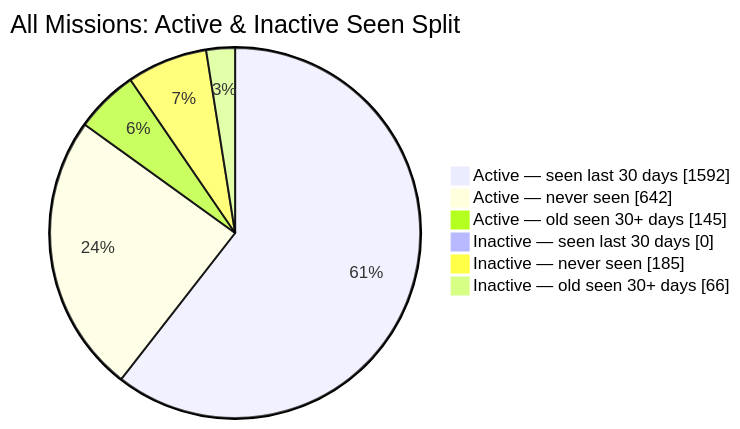
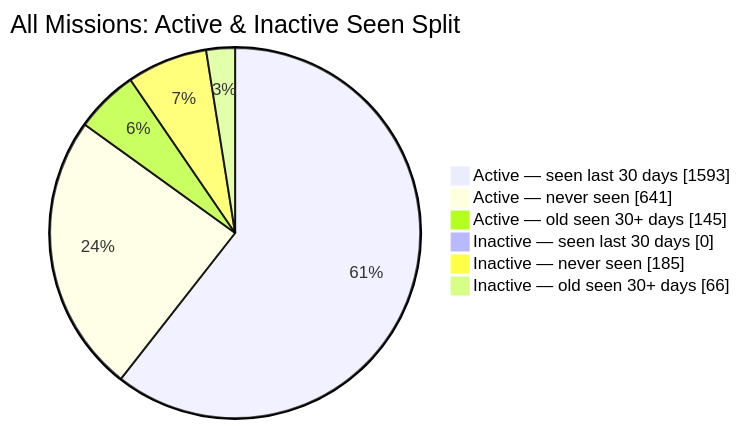
The second of 2 diagrams in README.md (MeldkamerspelGameTeam/active-missions), drawn with Mermaid before and after one commit. The commit also changed other lines of this file and 2 other files, not shown here.

````diff
--- a/README.md
+++ b/README.md
@@ -44,10 +44,10 @@
 ```mermaid
 pie showData
     title All Missions: Active & Inactive Seen Split
-    "Active — seen last 30 days" : 1592
-    "Active — never seen" : 642
+    "Active — seen last 30 days" : 1593
+    "Active — never seen" : 641
     "Active — old seen 30+ days" : 145
     "Inactive — seen last 30 days" : 0
     "Inactive — never seen" : 185
     "Inactive — old seen 30+ days" : 66
 ```
````
